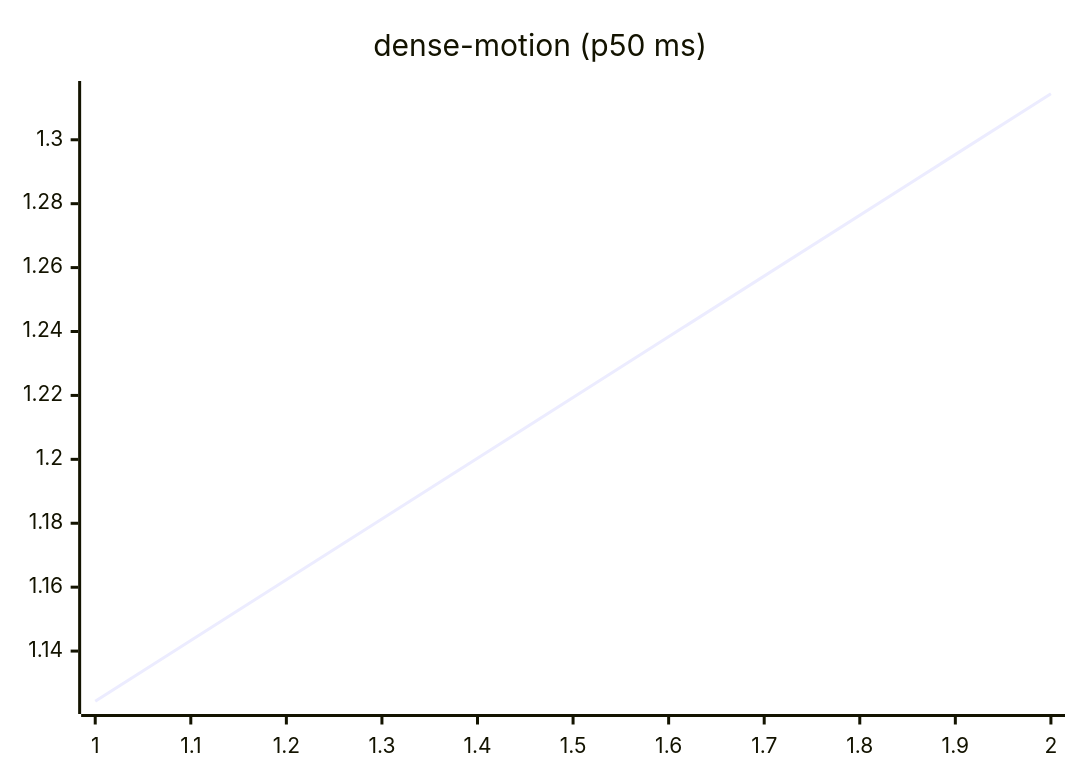
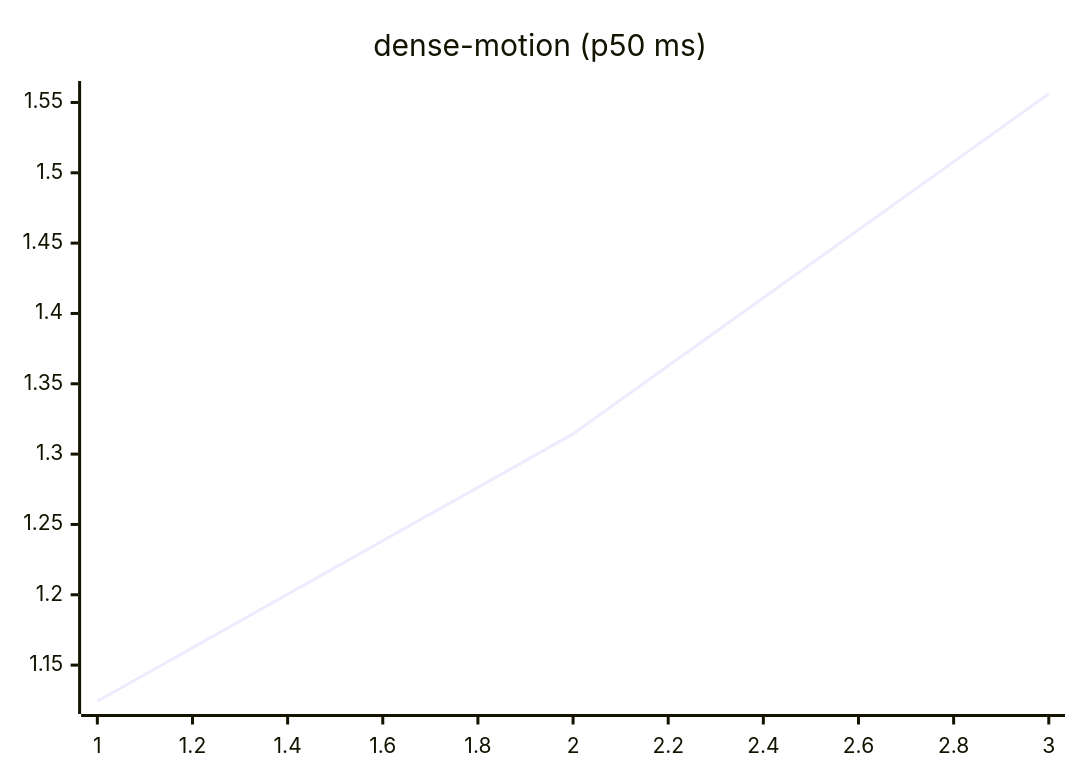
Before and after one commit to josha/Facet: the ninth of 27 diagrams in README.md, drawn with Mermaid. The commit also changed other lines of this file and 2 other files, not shown here.

````diff
--- a/README.md
+++ b/README.md
@@ -119,6 +119,6 @@
 ```mermaid
 xychart-beta
     title "dense-motion (p50 ms)"
-    x-axis 1 --> 2
-    line [1.1243, 1.3144]
+    x-axis 1 --> 3
+    line [1.1243, 1.3144, 1.5562]
 ```
````
